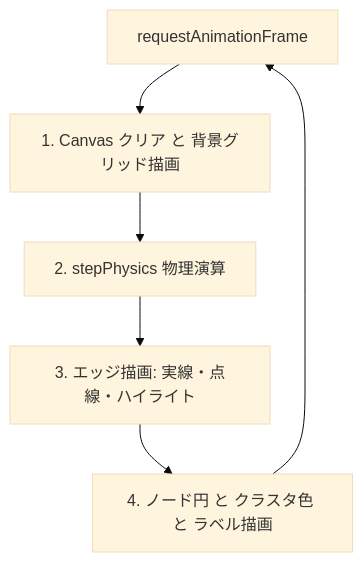
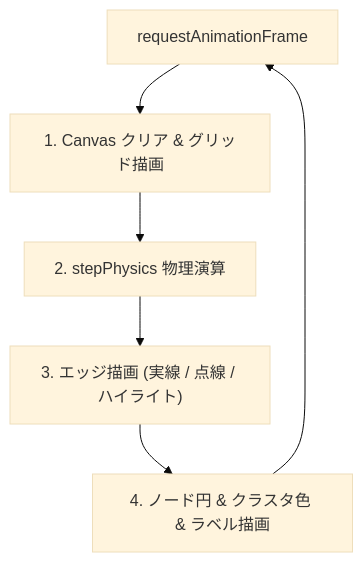
The fifth of 6 diagrams in docs/designs/DSN-14-graph_engineering_dashboard.md (rokujyouhitoma/arxiv-security-papers), drawn with Mermaid (base theme) before and after one commit. The commit also changed other lines of this file and 5 other files, not shown here.

Commit message:
fix(docs): format all DSN-14 diagrams to match exact DSN-05 graph TD syntax

````diff
--- a/docs/designs/DSN-14-graph_engineering_dashboard.md
+++ b/docs/designs/DSN-14-graph_engineering_dashboard.md
@@ -399,8 +375,8 @@
 ```mermaid
-flowchart TD
-    RAF["requestAnimationFrame"] --> Clear["1. Canvas クリア と 背景グリッド描画"]
-    Clear --> Phys["2. stepPhysics 物理演算"]
-    Phys --> EdgeDraw["3. エッジ描画: 実線・点線・ハイライト"]
-    EdgeDraw --> NodeDraw["4. ノード円 と クラスタ色 と ラベル描画"]
-    NodeDraw --> RAF
+graph TD
+    RAF["requestAnimationFrame"] --> CLR["1. Canvas クリア & グリッド描画"]
+    CLR --> PHYS["2. stepPhysics 物理演算"]
+    PHYS --> EDG["3. エッジ描画 (実線 / 点線 / ハイライト)"]
+    EDG --> NOD["4. ノード円 & クラスタ色 & ラベル描画"]
+    NOD --> RAF
 ```
````
